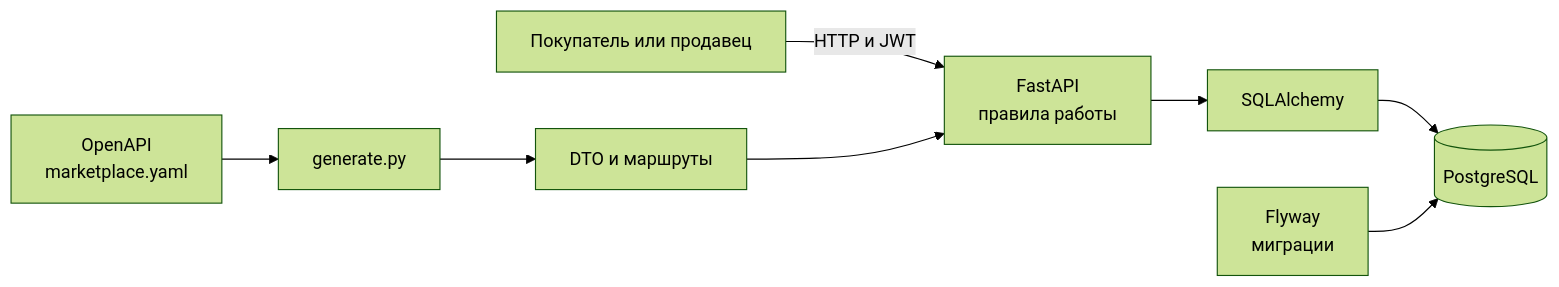
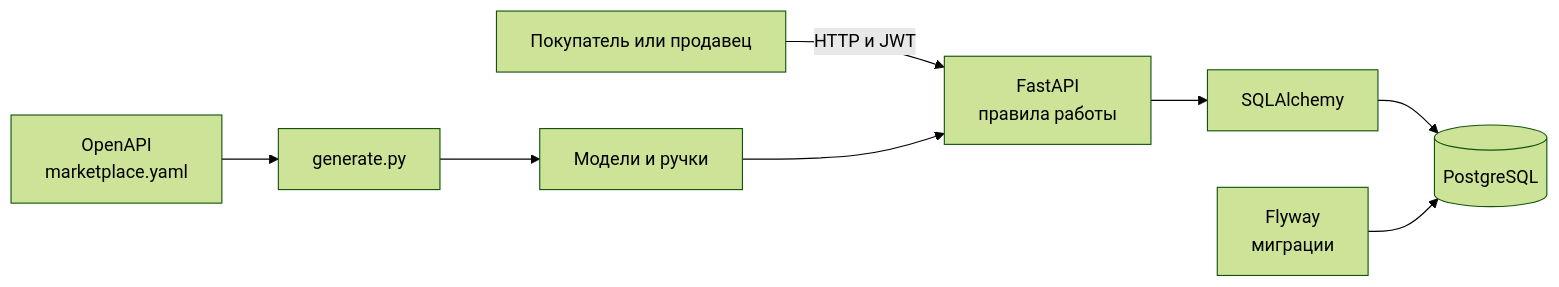
Before and after one commit to teuflischone/marketplace-architecture-c4: the diagram in homework2/README.md, drawn with Mermaid (forest theme). The commit also changed other lines of this file and 1 other file, not shown here.

````diff
--- a/homework2/README.md
+++ b/homework2/README.md
@@ -36,10 +36,10 @@
 ```mermaid
 flowchart LR
     client["Покупатель или продавец"] -->|HTTP и JWT| api["FastAPI<br/>правила работы"]
     spec["OpenAPI<br/>marketplace.yaml"] --> generator["generate.py"]
-    generator --> generated["DTO и маршруты"]
+    generator --> generated["Модели и ручки"]
     generated --> api
     api --> orm["SQLAlchemy"]
     orm --> db[("PostgreSQL")]
     flyway["Flyway<br/>миграции"] --> db
 ```
````
